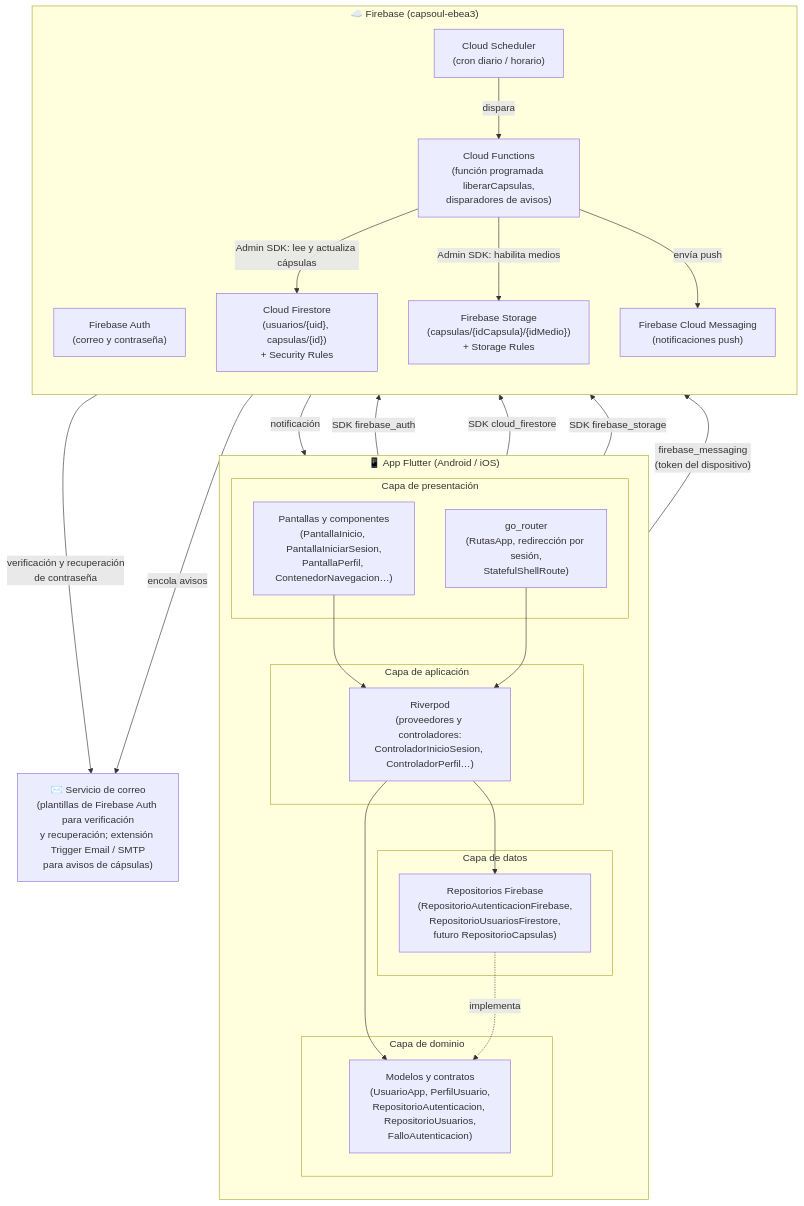
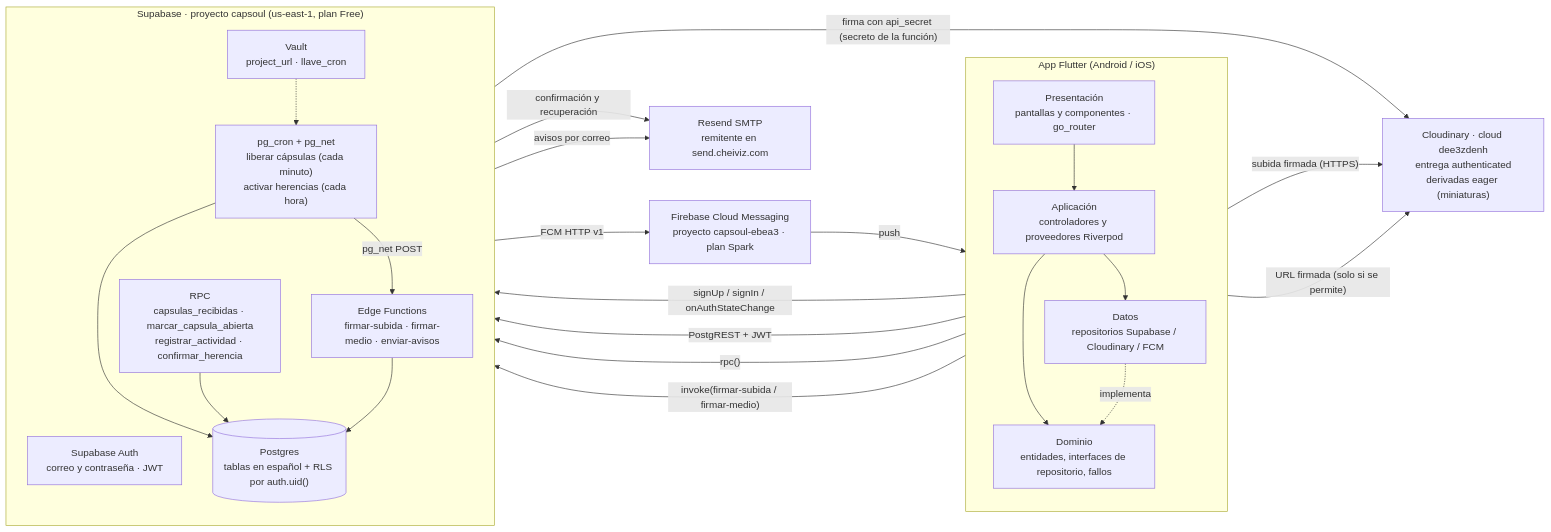
The first of 4 diagrams in docs/arquitectura.md (DeibyRamirez/Capsoul), drawn with Mermaid before and after one commit. The commit also changed other lines of this file and 6 other files, not shown here.

First line of the commit message:
documentación(modelo): modelo ER y migraciones oficiales de Supabase

````diff
--- a/docs/arquitectura.md
+++ b/docs/arquitectura.md
@@ -12,49 +10,44 @@
 ```mermaid
-flowchart TB
-    subgraph Dispositivo["📱 App Flutter (Android / iOS)"]
+flowchart LR
+    subgraph App["App Flutter (Android / iOS)"]
         direction TB
-        subgraph Presentacion["Capa de presentación"]
-            Pantallas["Pantallas y componentes<br/>(PantallaInicio, PantallaIniciarSesion,<br/>PantallaPerfil, ContenedorNavegacion…)"]
-            Enrutador["go_router<br/>(RutasApp, redirección por sesión,<br/>StatefulShellRoute)"]
-        end
-        subgraph Aplicacion["Capa de aplicación"]
-            Proveedores["Riverpod<br/>(proveedores y controladores:<br/>ControladorInicioSesion, ControladorPerfil…)"]
-        end
-        subgraph Dominio["Capa de dominio"]
-            Modelos["Modelos y contratos<br/>(UsuarioApp, PerfilUsuario,<br/>RepositorioAutenticacion, RepositorioUsuarios,<br/>FalloAutenticacion)"]
-        end
-        subgraph Datos["Capa de datos"]
-            Repos["Repositorios Firebase<br/>(RepositorioAutenticacionFirebase,<br/>RepositorioUsuariosFirestore,<br/>futuro RepositorioCapsulas)"]
-        end
-        Pantallas --> Proveedores
-        Enrutador --> Proveedores
-        Proveedores --> Modelos
-        Repos -. implementa .-> Modelos
-        Proveedores --> Repos
+        P["Presentación<br/>pantallas y componentes · go_router"]
+        A["Aplicación<br/>controladores y proveedores Riverpod"]
+        D["Dominio<br/>entidades, interfaces de repositorio, fallos"]
+        R["Datos<br/>repositorios Supabase / Cloudinary / FCM"]
+        P --> A --> D
+        R -. implementa .-> D
+        A --> R
     end
 
-    subgraph Firebase["☁️ Firebase (capsoul-ebea3)"]
+    subgraph SB["Supabase · proyecto capsoul (us-east-1, plan Free)"]
         direction TB
-        Auth["Firebase Auth<br/>(correo y contraseña)"]
-        Firestore["Cloud Firestore<br/>(usuarios/{uid}, capsulas/{id})<br/>+ Security Rules"]
-        Storage["Firebase Storage<br/>(capsulas/{idCapsula}/{idMedio})<br/>+ Storage Rules"]
-        Functions["Cloud Functions<br/>(función programada liberarCapsulas,<br/>disparadores de avisos)"]
-        Scheduler["Cloud Scheduler<br/>(cron diario / horario)"]
-        FCM["Firebase Cloud Messaging<br/>(notificaciones push)"]
+        AUTH["Supabase Auth<br/>correo y contraseña · JWT"]
+        PG[("Postgres<br/>tablas en español + RLS por auth.uid()")]
+        RPC["RPC<br/>capsulas_recibidas · marcar_capsula_abierta<br/>registrar_actividad · confirmar_herencia"]
+        EF["Edge Functions<br/>firmar-subida · firmar-medio · enviar-avisos"]
+        CRON["pg_cron + pg_net<br/>liberar cápsulas (cada minuto)<br/>activar herencias (cada hora)"]
+        VAULT["Vault<br/>project_url · llave_cron"]
+        CRON --> PG
+        CRON -- "pg_net POST" --> EF
+        VAULT -.-> CRON
+        RPC --> PG
+        EF --> PG
     end
 
-    Correo["✉️ Servicio de correo<br/>(plantillas de Firebase Auth para verificación<br/>y recuperación; extensión Trigger Email / SMTP<br/>para avisos de cápsulas)"]
+    CDN["Cloudinary · cloud dee3zdenh<br/>entrega authenticated<br/>derivadas eager (miniaturas)"]
+    FCM["Firebase Cloud Messaging<br/>proyecto capsoul-ebea3 · plan Spark"]
+    SMTP["Resend SMTP<br/>remitente en send.cheiviz.com"]
 
-    Repos -- "SDK firebase_auth" --> Auth
-    Repos -- "SDK cloud_firestore" --> Firestore
-    Repos -- "SDK firebase_storage" --> Storage
-    Proveedores -- "firebase_messaging<br/>(token del dispositivo)" --> FCM
-
-    Auth -- "verificación y recuperación<br/>de contraseña" --> Correo
-    Scheduler -- "dispara" --> Functions
-    Functions -- "Admin SDK: lee y actualiza cápsulas" --> Firestore
-    Functions -- "Admin SDK: habilita medios" --> Storage
-    Functions -- "envía push" --> FCM
-    Functions -- "encola avisos" --> Correo
-    FCM -- "notificación" --> Dispositivo
+    R -- "signUp / signIn / onAuthStateChange" --> AUTH
+    R -- "PostgREST + JWT" --> PG
+    R -- "rpc()" --> RPC
+    R -- "invoke(firmar-subida / firmar-medio)" --> EF
+    R -- "subida firmada (HTTPS)" --> CDN
+    R -- "URL firmada (solo si se permite)" --> CDN
+    EF -- "firma con api_secret (secreto de la función)" --> CDN
+    EF -- "FCM HTTP v1" --> FCM
+    FCM -- "push" --> App
+    AUTH -- "confirmación y recuperación" --> SMTP
+    EF -- "avisos por correo" --> SMTP
 ```
````
